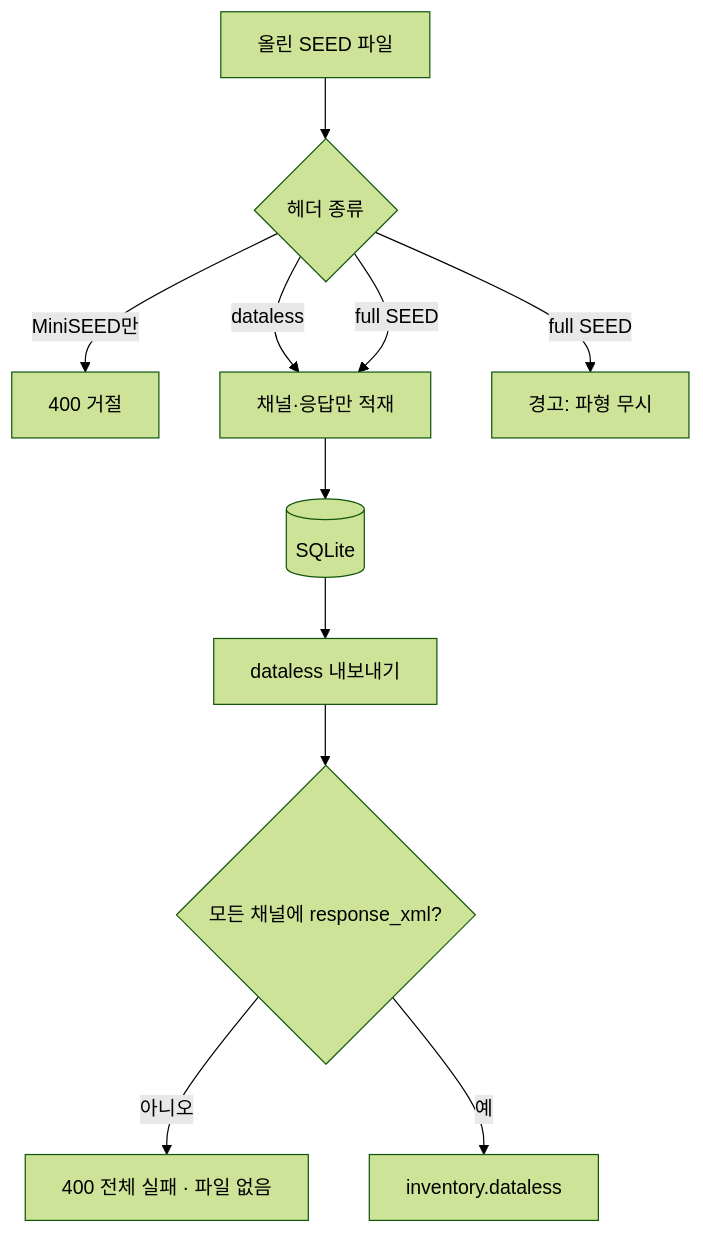
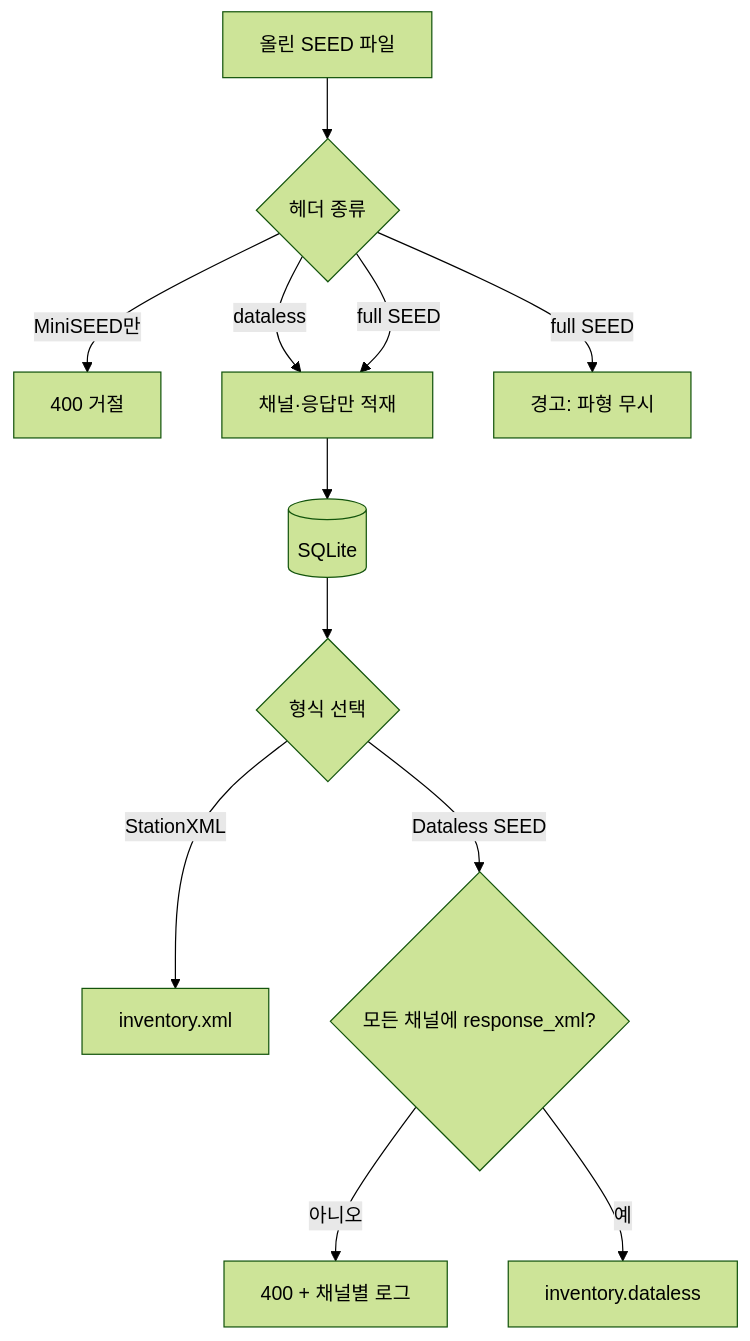
The second of 2 diagrams in stationxml_manager/DATALESS_SEED.md (kerc-bikim/dev), drawn with Mermaid (forest theme) before and after one commit. The commit also changed other lines of this file and 2 other files, not shown here.

````diff
--- a/stationxml_manager/DATALESS_SEED.md
+++ b/stationxml_manager/DATALESS_SEED.md
@@ -53,13 +53,14 @@
 ```mermaid
 flowchart TB
   file[올린 SEED 파일] --> kind{헤더 종류}
   kind -->|MiniSEED만| reject[400 거절]
   kind -->|dataless| meta[채널·응답만 적재]
   kind -->|full SEED| meta
   kind -->|full SEED| warn[경고: 파형 무시]
   meta --> db[(SQLite)]
-  db --> exp[dataless 내보내기]
-  exp --> has{모든 채널에 response_xml?}
-  has -->|아니오| fail[400 전체 실패 · 파일 없음]
+  db --> pick{형식 선택}
+  pick -->|StationXML| xml[inventory.xml]
+  pick -->|Dataless SEED| has{모든 채널에 response_xml?}
+  has -->|아니오| fail[400 + 채널별 로그]
   has -->|예| out[inventory.dataless]
 ```
````
